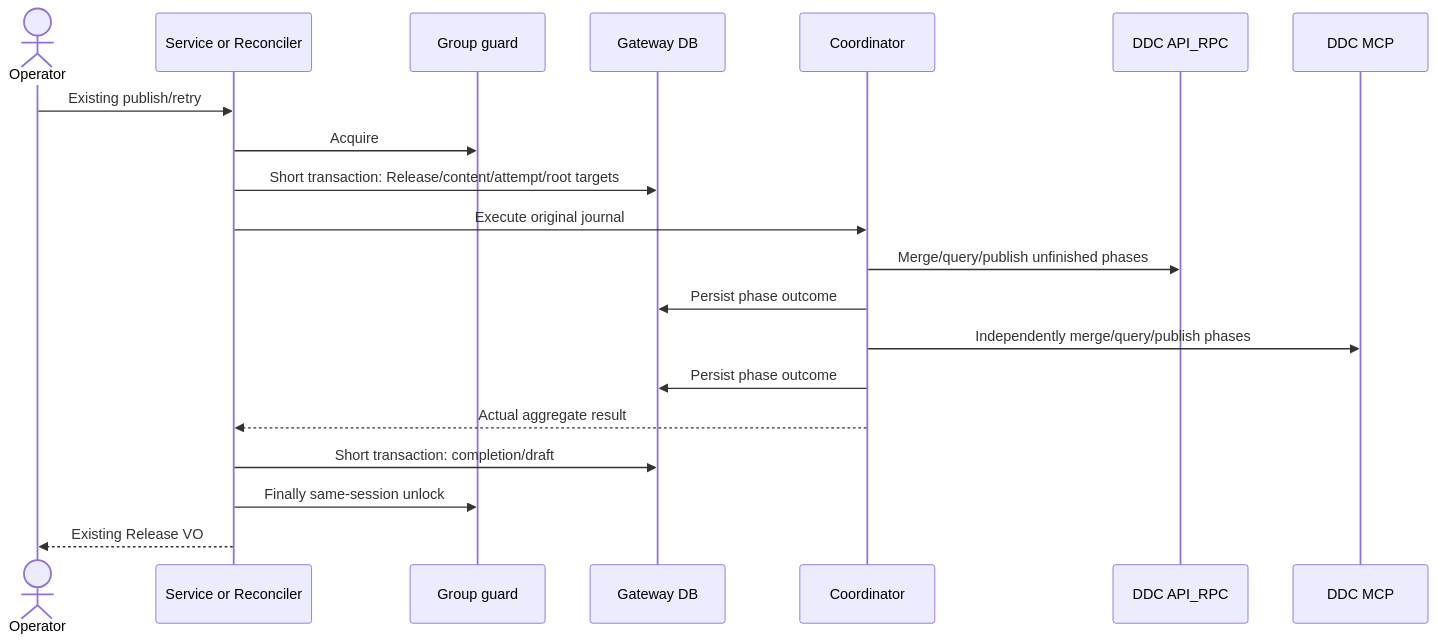
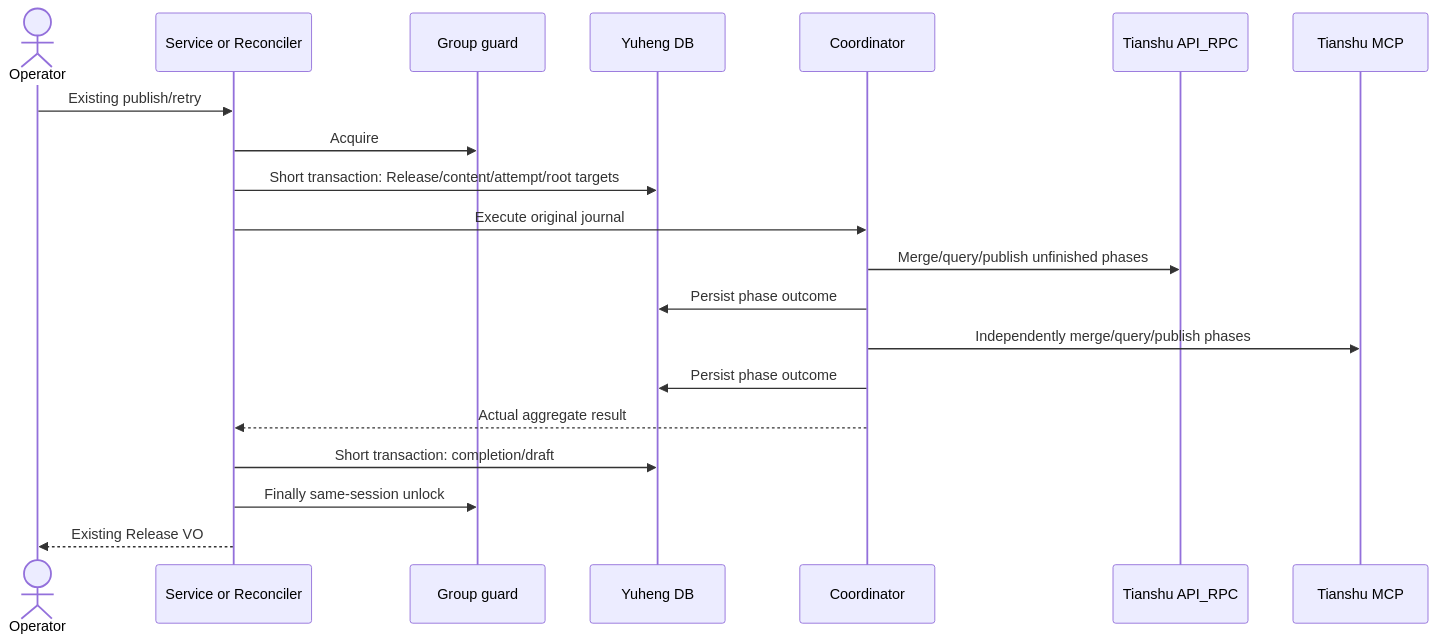
The third of 4 diagrams in docs/egon/spec/2026-09-05-17-10-gateway-role-target-distribution.md (AllenDEricDAlexander/Egon-COLA), drawn with Mermaid before and after one commit. The commit also changed other lines of this file and 233 other files, not shown here.

````diff
--- a/docs/egon/spec/2026-09-05-17-10-gateway-role-target-distribution.md
+++ b/docs/egon/spec/2026-09-05-17-10-gateway-role-target-distribution.md
@@ -255,22 +255,22 @@
 ```mermaid
 sequenceDiagram
     actor U as Operator
     participant S as Service or Reconciler
     participant G as Group guard
-    participant DB as Gateway DB
+    participant DB as Yuheng DB
     participant C as Coordinator
-    participant A as DDC API_RPC
-    participant M as DDC MCP
+    participant A as Tianshu API_RPC
+    participant M as Tianshu MCP
     U->>S: Existing publish/retry
     S->>G: Acquire
     S->>DB: Short transaction: Release/content/attempt/root targets
     S->>C: Execute original journal
     C->>A: Merge/query/publish unfinished phases
     C->>DB: Persist phase outcome
     C->>M: Independently merge/query/publish phases
     C->>DB: Persist phase outcome
     C-->>S: Actual aggregate result
     S->>DB: Short transaction: completion/draft
     S->>G: Finally same-session unlock
     S-->>U: Existing Release VO
 ```
````
